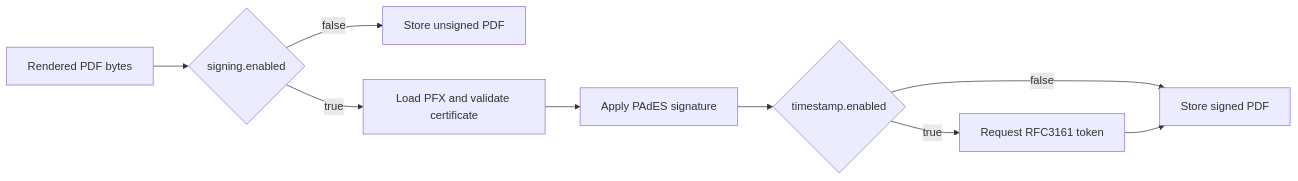
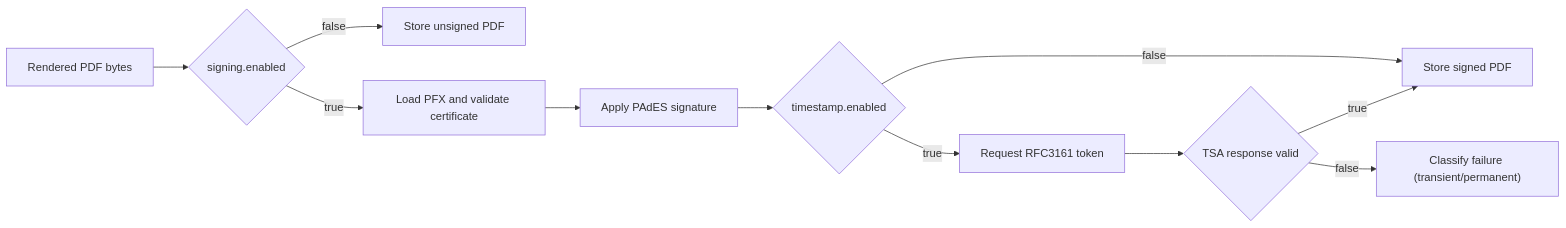
The diagram in docs/06-signing-and-timestamp.md (sebastianspicker/zammad-ticket-archiver), drawn with Mermaid before and after one commit. The commit also changed 29 other files, not shown here.

````diff
--- a/docs/06-signing-and-timestamp.md
+++ b/docs/06-signing-and-timestamp.md
@@ -9,11 +9,13 @@
 ```mermaid
 flowchart LR
   A["Rendered PDF bytes"] --> B{"signing.enabled"}
   B -->|false| C["Store unsigned PDF"]
   B -->|true| D["Load PFX and validate certificate"]
   D --> E["Apply PAdES signature"]
   E --> F{"timestamp.enabled"}
   F -->|false| G["Store signed PDF"]
   F -->|true| H["Request RFC3161 token"]
-  H --> G
+  H --> I{"TSA response valid"}
+  I -->|true| G
+  I -->|false| J["Classify failure (transient/permanent)"]
 ```
````
